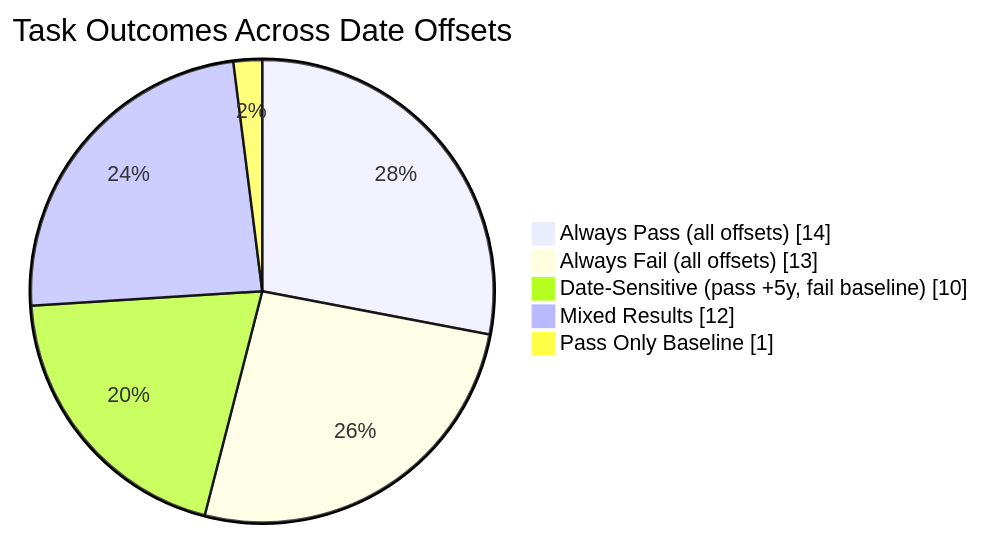
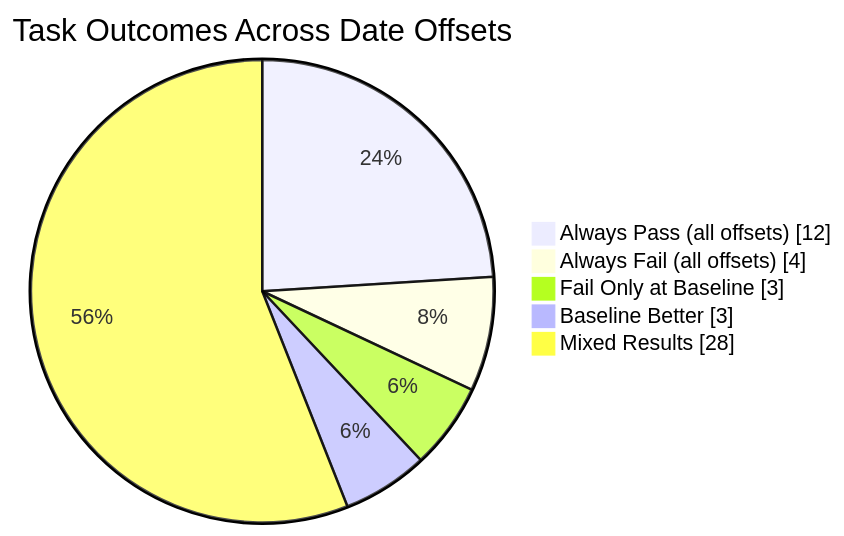
One commit to sshh12/tau2-bench-time-ablations changed the diagram in README.md. Above: the diagram before and after it, drawn with Mermaid. The commit also changed other lines of this file and 1 other file, not shown here.

First line of the commit message:
Update README with comprehensive analysis of all 15 time offsets

````diff
--- a/README.md
+++ b/README.md
@@ -60,9 +117,9 @@
 ```mermaid
 pie showData
     title Task Outcomes Across Date Offsets
-    "Always Pass (all offsets)" : 14
-    "Always Fail (all offsets)" : 13
-    "Date-Sensitive (pass +5y, fail baseline)" : 10
-    "Mixed Results" : 12
-    "Pass Only Baseline" : 1
+    "Always Pass (all offsets)" : 12
+    "Always Fail (all offsets)" : 4
+    "Fail Only at Baseline" : 3
+    "Baseline Better" : 3
+    "Mixed Results" : 28
 ```
````
